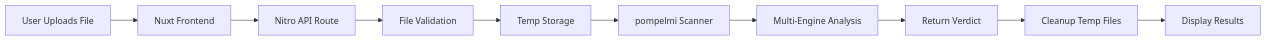
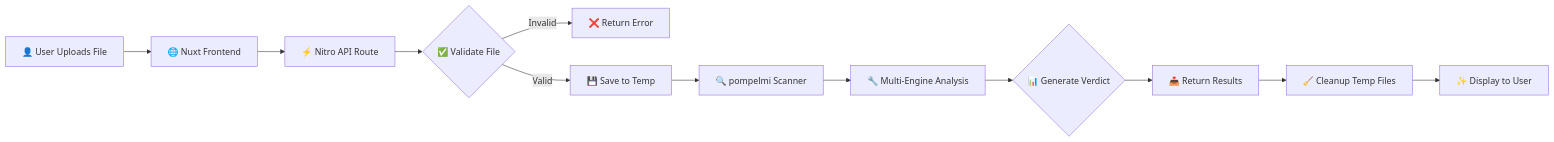
One commit to pompelmi/pompelmi changed the diagram in examples/nuxt-nitro/README.md. Above: the diagram before and after it, drawn with Mermaid. The commit also changed other lines of this file, not shown here.

First line of the commit message:
✨ Enhance Nuxt/Nitro README - 10x improvement

````diff
--- a/examples/nuxt-nitro/README.md
+++ b/examples/nuxt-nitro/README.md
@@ -173,12 +383,14 @@
 ```mermaid
 graph LR
-    A[User Uploads File] --> B[Nuxt Frontend]
-    B --> C[Nitro API Route]
-    C --> D[File Validation]
-    D --> E[Temp Storage]
-    E --> F[pompelmi Scanner]
-    F --> G[Multi-Engine Analysis]
-    G --> H[Return Verdict]
-    H --> I[Cleanup Temp Files]
-    I --> J[Display Results]
+    A[👤 User Uploads File] --> B[🌐 Nuxt Frontend]
+    B --> C[⚡ Nitro API Route]
+    C --> D{✅ Validate File}
+    D -->|Invalid| E[❌ Return Error]
+    D -->|Valid| F[💾 Save to Temp]
+    F --> G[🔍 pompelmi Scanner]
+    G --> H[🔧 Multi-Engine Analysis]
+    H --> I{📊 Generate Verdict}
+    I --> J[📤 Return Results]
+    J --> K[🧹 Cleanup Temp Files]
+    K --> L[✨ Display to User]
 ```
````
